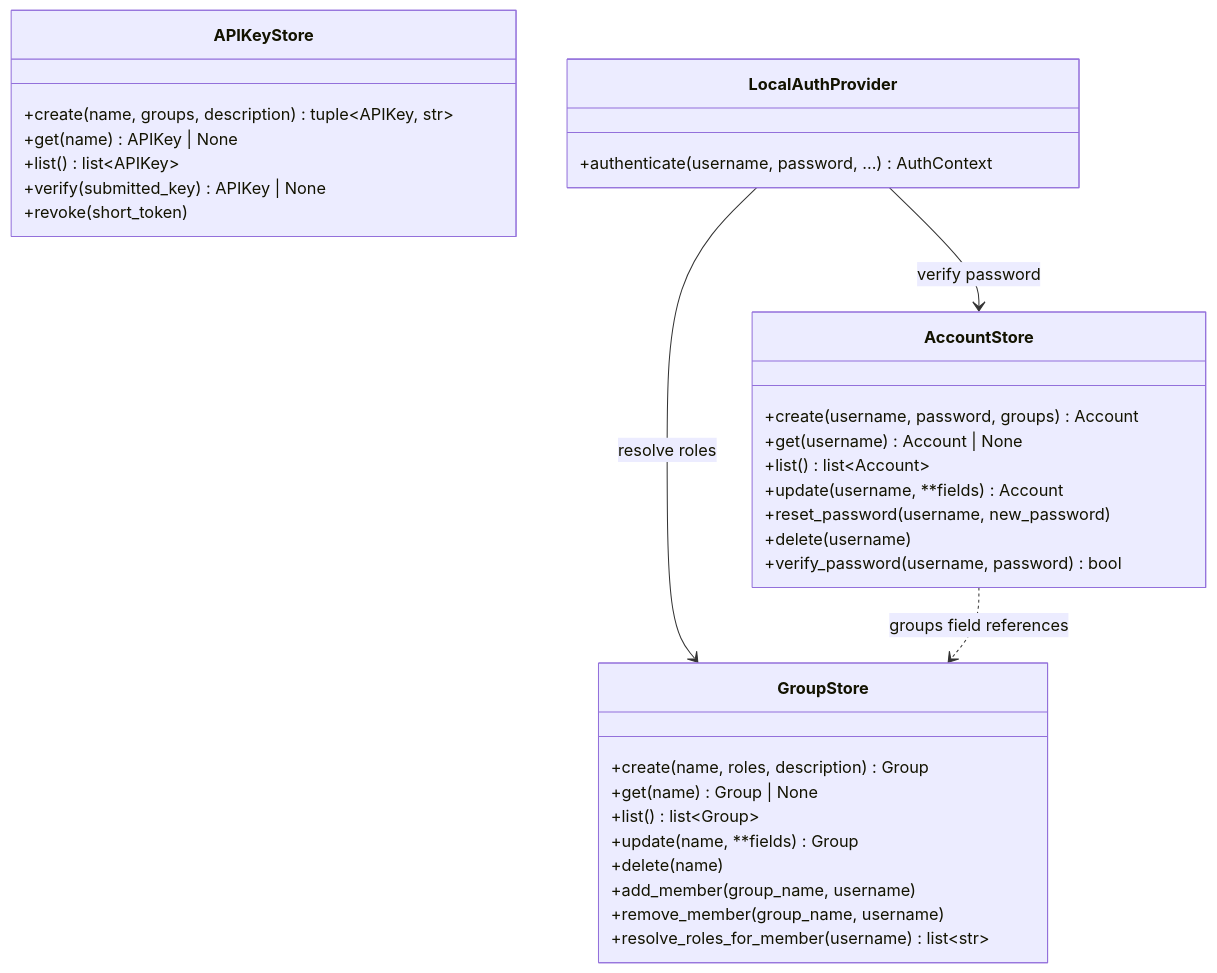
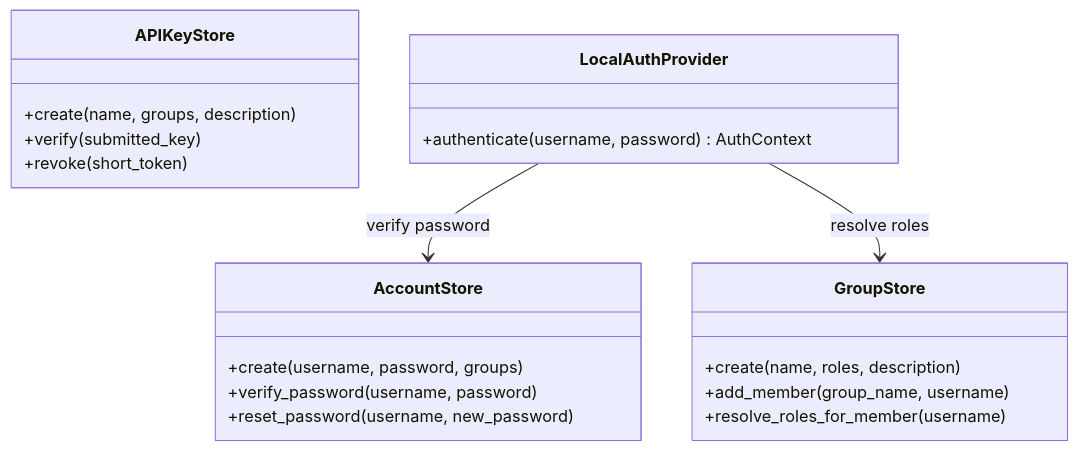
Before and after one commit to hyperi-io/dfe-engine: the fourth of 8 diagrams in docs/control-plane/rbac.md, drawn with Mermaid. The commit also changed other lines of this file and 71 other files, not shown here.

First line of the commit message:
docs(engine): fix 159 claims and redraw every diagram

````diff
--- a/docs/control-plane/rbac.md
+++ b/docs/control-plane/rbac.md
@@ -331,39 +328,25 @@
 ```mermaid
 classDiagram
+    accTitle: L4 Detail -- Auth stores
+    accDescr: AccountStore, GroupStore and APIKeyStore are YAML-backed stores with one file per entity. LocalAuthProvider verifies a password through AccountStore and resolves roles through GroupStore.
     class AccountStore {
-        +create(username, password, groups) Account
-        +get(username) Account | None
-        +list() list~Account~
-        +update(username, **fields) Account
+        +create(username, password, groups)
+        +verify_password(username, password)
         +reset_password(username, new_password)
-        +delete(username)
-        +verify_password(username, password) bool
     }
-
     class GroupStore {
-        +create(name, roles, description) Group
-        +get(name) Group | None
-        +list() list~Group~
-        +update(name, **fields) Group
-        +delete(name)
+        +create(name, roles, description)
         +add_member(group_name, username)
-        +remove_member(group_name, username)
-        +resolve_roles_for_member(username) list~str~
+        +resolve_roles_for_member(username)
     }
-
     class APIKeyStore {
-        +create(name, groups, description) tuple~APIKey, str~
-        +get(name) APIKey | None
-        +list() list~APIKey~
-        +verify(submitted_key) APIKey | None
+        +create(name, groups, description)
+        +verify(submitted_key)
         +revoke(short_token)
     }
-
     class LocalAuthProvider {
-        +authenticate(username, password, ...) AuthContext
+        +authenticate(username, password) AuthContext
     }
-
     LocalAuthProvider --> AccountStore : verify password
     LocalAuthProvider --> GroupStore : resolve roles
-    AccountStore ..> GroupStore : groups field references
 ```
````
